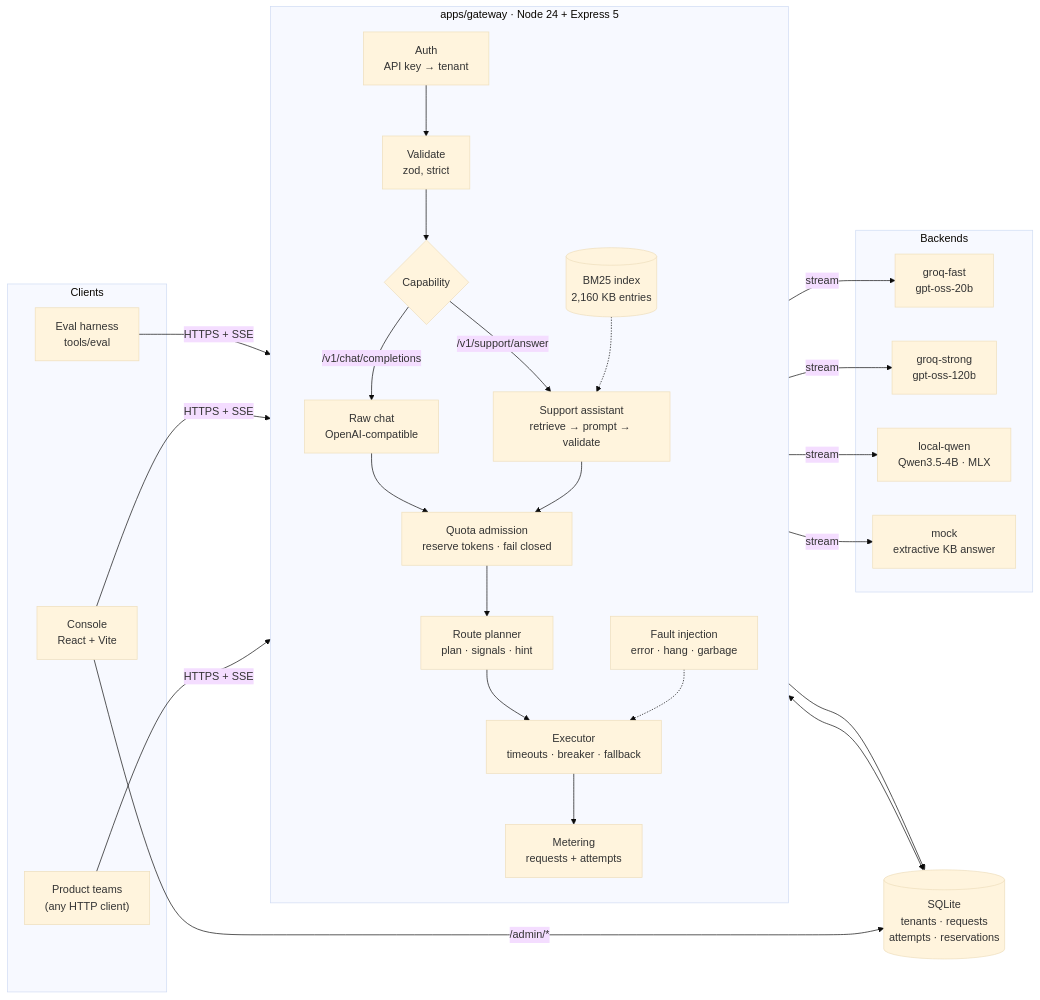
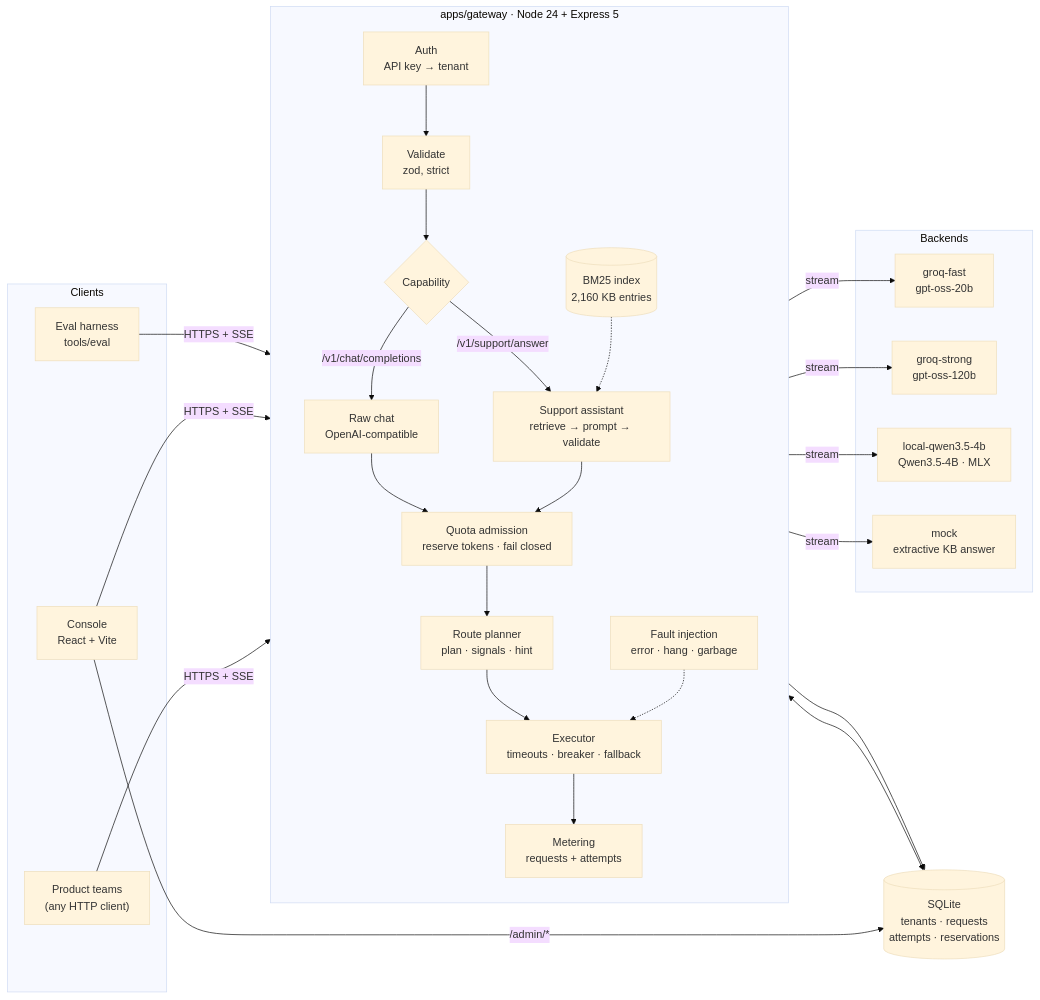
The first of 6 diagrams in docs/ARCHITECTURE.md (fauziridwan1709/nalar-router), drawn with Mermaid (base theme) before and after one commit. The commit also changed 4 other files, not shown here.

Commit message:
docs: local-qwen3.5-4b in the backend table, diagrams and API example

````diff
--- a/docs/ARCHITECTURE.md
+++ b/docs/ARCHITECTURE.md
@@ -15,38 +15,38 @@
 ```mermaid
 flowchart LR
     subgraph Clients
         C1["Product teams<br/>(any HTTP client)"]
         C2["Console<br/>React + Vite"]
         C3["Eval harness<br/>tools/eval"]
     end
 
     subgraph GW["apps/gateway · Node 24 + Express 5"]
         direction TB
         A["Auth<br/>API key → tenant"] --> V["Validate<br/>zod, strict"]
         V --> CAP{"Capability"}
         CAP -->|"/v1/support/answer"| S["Support assistant<br/>retrieve → prompt → validate"]
         CAP -->|"/v1/chat/completions"| CH["Raw chat<br/>OpenAI-compatible"]
         S --> Q
         CH --> Q
         Q["Quota admission<br/>reserve tokens · fail closed"] --> P["Route planner<br/>plan · signals · hint"]
         P --> X["Executor<br/>timeouts · breaker · fallback"]
         X --> M["Metering<br/>requests + attempts"]
         R[("BM25 index<br/>2,160 KB entries")] -.-> S
         CHAOS["Fault injection<br/>error · hang · garbage"] -.-> X
     end
 
     subgraph Backends
         B1["groq-fast<br/>gpt-oss-20b"]
         B2["groq-strong<br/>gpt-oss-120b"]
-        B3["local-qwen<br/>Qwen3.5-4B · MLX"]
+        B3["local-qwen3.5-4b<br/>Qwen3.5-4B · MLX"]
         B4["mock<br/>extractive KB answer"]
     end
 
     DB[("SQLite<br/>tenants · requests<br/>attempts · reservations")]
 
     C1 & C2 & C3 -->|"HTTPS + SSE"| A
     X -->|"stream"| B1 & B2 & B3 & B4
     Q <--> DB
     M --> DB
     C2 -->|"/admin/*"| DB
 ```
````
